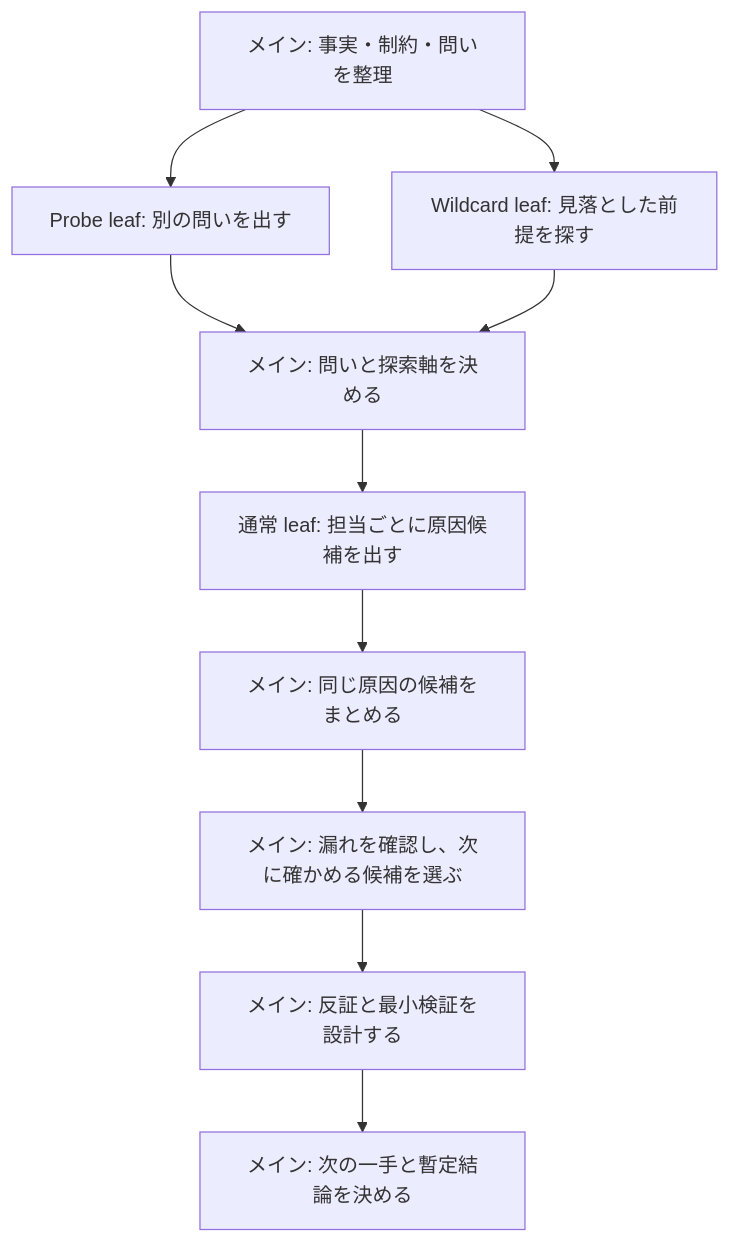
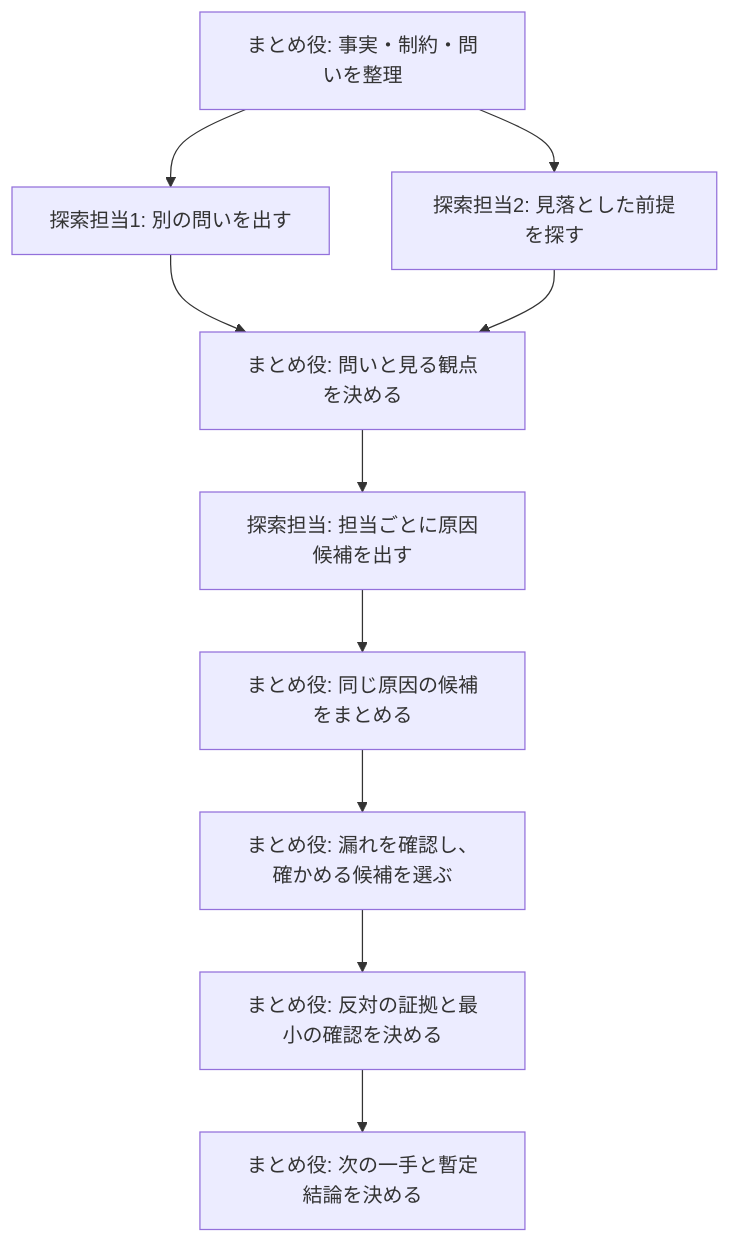
The first of 2 diagrams in skills/hypothesis-framing/SKILL.md (hrtk91/personal-skills), drawn with Mermaid before and after one commit. The commit also changed other lines of this file and 2 other files, not shown here.

````diff
--- a/skills/hypothesis-framing/SKILL.md
+++ b/skills/hypothesis-framing/SKILL.md
@@ -12,12 +14,12 @@
 ```mermaid
 flowchart TD
-    A[メイン: 事実・制約・問いを整理] --> B[Probe leaf: 別の問いを出す]
-    A --> C[Wildcard leaf: 見落とした前提を探す]
-    B --> D[メイン: 問いと探索軸を決める]
+    A[まとめ役: 事実・制約・問いを整理] --> B[探索担当1: 別の問いを出す]
+    A --> C[探索担当2: 見落とした前提を探す]
+    B --> D[まとめ役: 問いと見る観点を決める]
     C --> D
-    D --> E[通常 leaf: 担当ごとに原因候補を出す]
-    E --> F[メイン: 同じ原因の候補をまとめる]
-    F --> G[メイン: 漏れを確認し、次に確かめる候補を選ぶ]
-    G --> H[メイン: 反証と最小検証を設計する]
-    H --> I[メイン: 次の一手と暫定結論を決める]
+    D --> E[探索担当: 担当ごとに原因候補を出す]
+    E --> F[まとめ役: 同じ原因の候補をまとめる]
+    F --> G[まとめ役: 漏れを確認し、確かめる候補を選ぶ]
+    G --> H[まとめ役: 反対の証拠と最小の確認を決める]
+    H --> I[まとめ役: 次の一手と暫定結論を決める]
 ```
````
